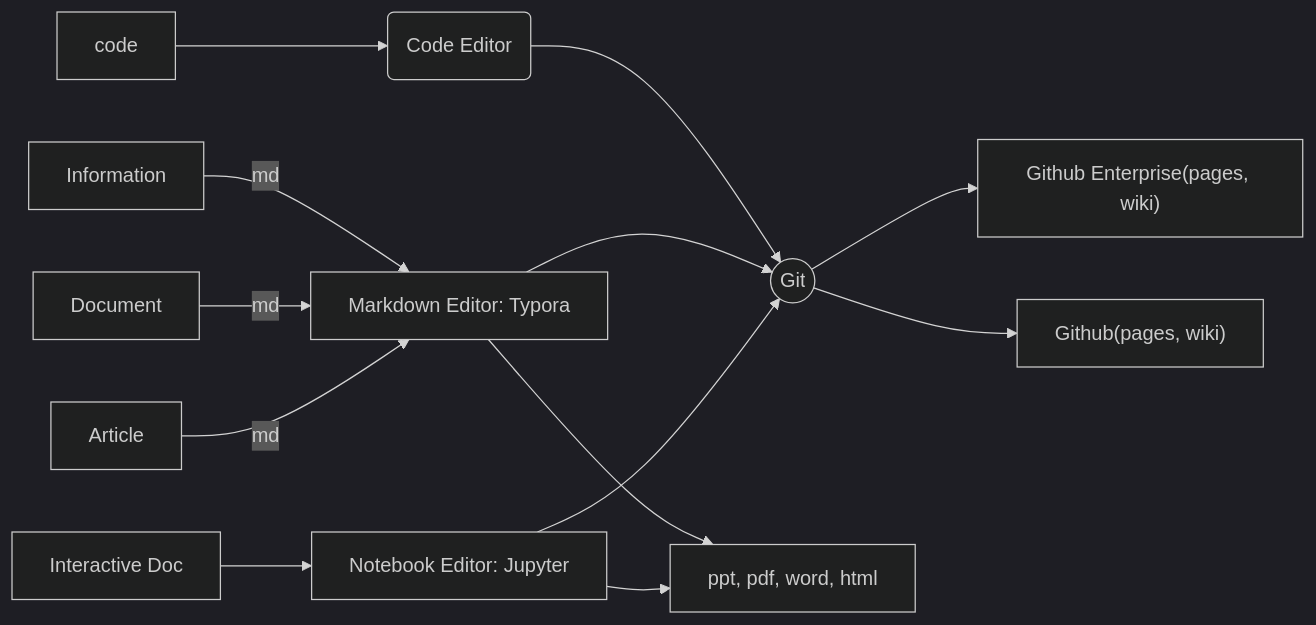
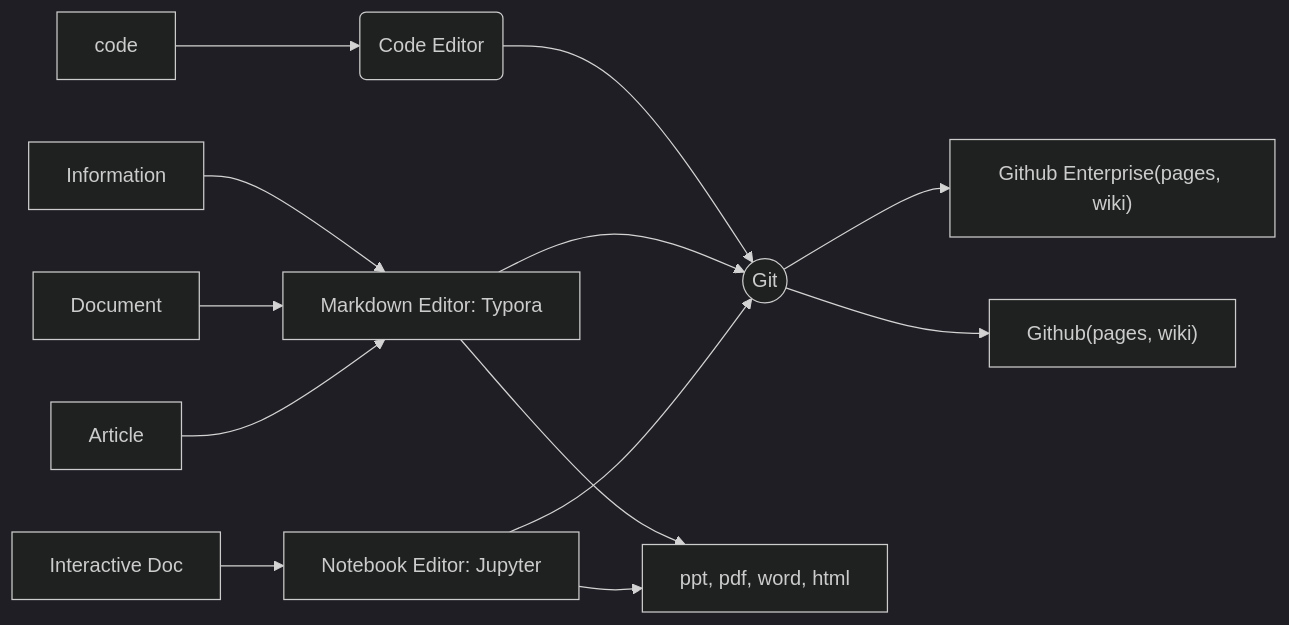
One commit to xuxiangwen/xuxiangwen.github.io changed the diagram in _posts/take_notes.md. Above: the diagram before and after it, drawn with Mermaid (dark theme). The commit also changed other lines of this file and 1 other file, not shown here.

```diff
--- a/_posts/take_notes.md
+++ b/_posts/take_notes.md
@@ -118,15 +118,15 @@
 ~~~mermaid
 graph LR; 
     CE --> Git((Git));  
-    Information-->|md|MDE[Markdown Editor: Typora];   
-    Document-->|md|MDE;
-    Article-->|md|MDE;    
+    Information--> MDE[Markdown Editor: Typora];   
+    Document--> MDE;
+    Article--> MDE;    
     ID[Interactive Doc]-->NE[Notebook Editor: Jupyter];
     code --> CE(Code Editor);  
     MDE-->Others[ppt, pdf, word, html];
     NE-->Others;    
     MDE--> Git; 
     NE--> Git;
     Git-->GE["Github Enterprise(pages, wiki)"];
     Git-->GitHub["Github(pages, wiki)"];  
 ~~~
```
